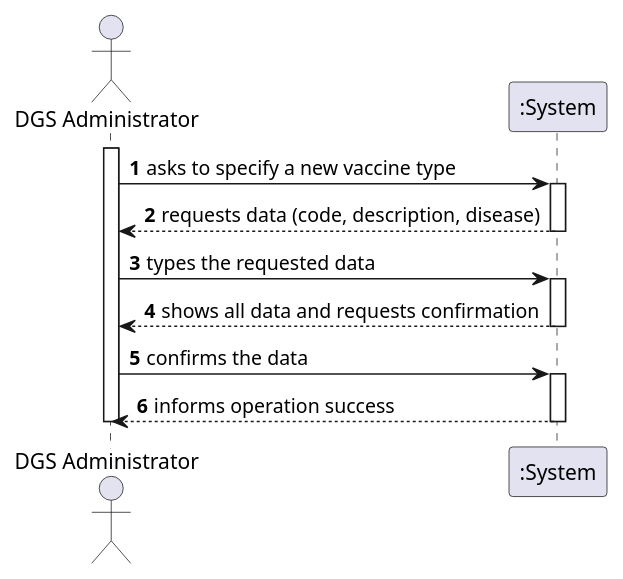
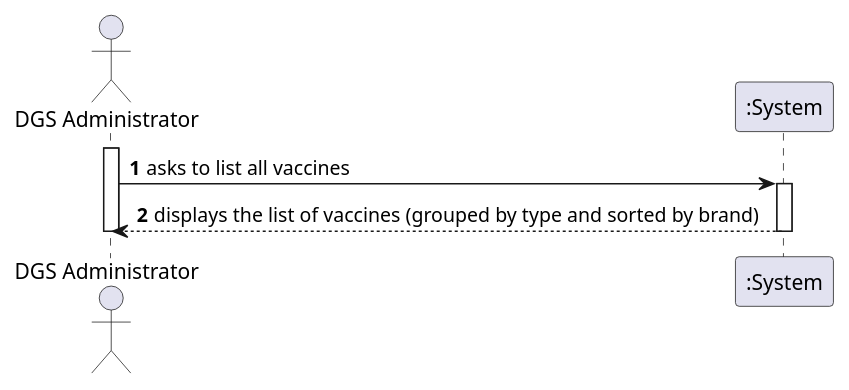
One commit to afonso51111/leti-esoft-25-26-A33 changed the diagram in project-template/docs/sprint3/US12/puml/US12-SSD.puml. Above: the diagram before and after it, drawn with PlantUML. The commit also changed 61 other files, not shown here.

```diff
--- a/project-template/docs/sprint3/US12/puml/US12-SSD.puml
+++ b/project-template/docs/sprint3/US12/puml/US12-SSD.puml
@@ -1,27 +1,15 @@
 @startuml
 autonumber
 actor "DGS Administrator" as Admin
 participant ":System" as System
 
 activate Admin
 
-Admin -> System : asks to specify a new vaccine type
+Admin -> System : asks to list all vaccines
 activate System
 
-System --> Admin : requests data (code, description, disease)
-deactivate System
-
-Admin -> System : types the requested data
-activate System
-
-System --> Admin : shows all data and requests confirmation
-deactivate System
-
-Admin -> System : confirms the data
-activate System
-
-System --> Admin : informs operation success
+System --> Admin : displays the list of vaccines (grouped by type and sorted by brand)
 deactivate System
 
 deactivate Admin
 @enduml
```
